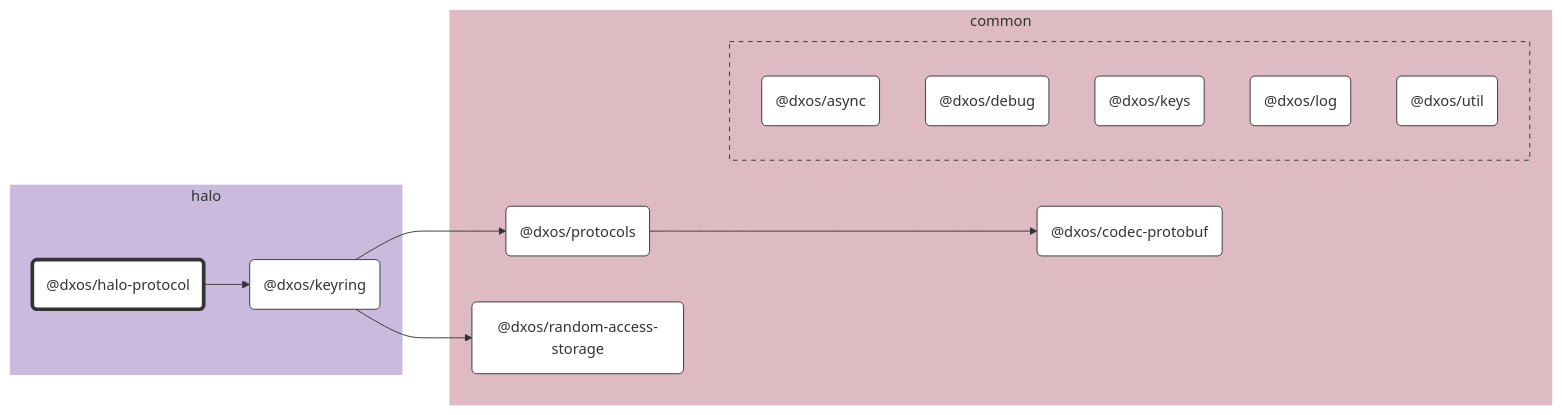
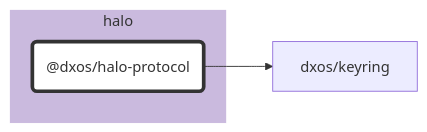
One commit to dxos/dxos changed the diagram in packages/halo/halo-protocol/docs/README.md. Above: the diagram before and after it, drawn with Mermaid. The commit also changed 87 other files, not shown here.

````diff
--- a/packages/halo/halo-protocol/docs/README.md
+++ b/packages/halo/halo-protocol/docs/README.md
@@ -7,66 +7,21 @@
 ```mermaid
 %%{ init: {'flowchart':{'curve':'basis'}} }%%
 
 flowchart LR
 
-%% Links
-dxos/halo-protocol --> dxos/keyring;
-dxos/keyring --> dxos/protocols;
-dxos/keyring --> dxos/random-access-storage;
-dxos/protocols --> dxos/codec-protobuf;
+%% Classes
+classDef def fill:#fff,stroke:#333,stroke-width:1px
+classDef root fill:#fff,stroke:#333,stroke-width:4px
 
-%% Sections
-subgraph halo
-  style halo fill:#cabade,stroke:#fff;
+%% Nodes
 
-  dxos/halo-protocol("@dxos/halo-protocol")
-  dxos/keyring("@dxos/keyring")
+subgraph halo [halo]
+  style halo fill:#cabade,stroke:#fff
+  dxos/halo-protocol("@dxos/halo-protocol"):::root
+  click dxos/halo-protocol "dxos/dxos/tree/main/packages/halo/halo-protocol/docs"
 end
 
-subgraph common
-  style common fill:#debac2,stroke:#fff;
-
-  dxos/codec-protobuf("@dxos/codec-protobuf")
-  dxos/protocols("@dxos/protocols")
-  dxos/random-access-storage("@dxos/random-access-storage")
-
-  subgraph common-excluded [ ]
-    style common-excluded fill:#debac2,stroke:#333,stroke-dasharray:5 5;
-
-    dxos/async("@dxos/async")
-    dxos/debug("@dxos/debug")
-    dxos/keys("@dxos/keys")
-    dxos/log("@dxos/log")
-    dxos/util("@dxos/util")
-  end
-end
-
-
-%% Hyperlinks
-click dxos/async "dxos/dxos/tree/main/packages/common/async/docs";
-click dxos/codec-protobuf "dxos/dxos/tree/main/packages/common/codec-protobuf/docs";
-click dxos/debug "dxos/dxos/tree/main/packages/common/debug/docs";
-click dxos/keyring "dxos/dxos/tree/main/packages/halo/keyring/docs";
-click dxos/keys "dxos/dxos/tree/main/packages/common/keys/docs";
-click dxos/log "dxos/dxos/tree/main/packages/common/log/docs";
-click dxos/protocols "dxos/dxos/tree/main/packages/common/protocols/docs";
-click dxos/random-access-storage "dxos/dxos/tree/main/packages/common/random-access-storage/docs";
-click dxos/util "dxos/dxos/tree/main/packages/common/util/docs";
-
-%% Styles
-classDef rootNode fill:#fff,stroke:#333,stroke-width:4px
-classDef defaultNode fill:#fff,stroke:#333,stroke-width:1px
+%% Links
 linkStyle default stroke:#333,stroke-width:1px
-
-dxos/halo-protocol:::rootNode
-
-dxos/async:::defaultNode
-dxos/codec-protobuf:::defaultNode
-dxos/debug:::defaultNode
-dxos/keyring:::defaultNode
-dxos/keys:::defaultNode
-dxos/log:::defaultNode
-dxos/protocols:::defaultNode
-dxos/random-access-storage:::defaultNode
-dxos/util:::defaultNode
+dxos/halo-protocol --> dxos/keyring
 ```
````
